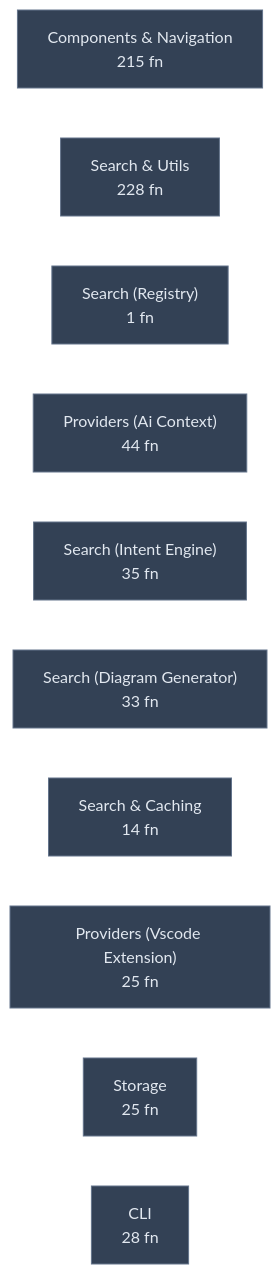
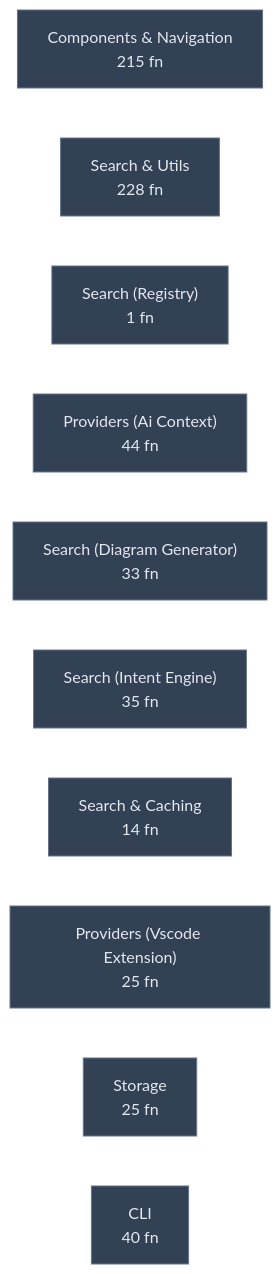
The diagram in .mikk/diagrams/dependency-matrix.mmd (Ansh-dhanani/mikk), drawn with Mermaid before and after one commit. The commit also changed 29 other files, not shown here.

```diff
--- a/.mikk/diagrams/dependency-matrix.mmd
+++ b/.mikk/diagrams/dependency-matrix.mmd
@@ -1,16 +1,16 @@
 %%{init: {"theme": "base", "themeVariables": {"primaryColor": "#1e293b", "primaryTextColor": "#e2e8f0", "lineColor": "#64748b", "secondaryColor": "#334155", "tertiaryColor": "#475569", "background": "#0f172a", "mainBkg": "#1e293b", "nodeBorder": "#475569"}}}%%
 graph LR
 
     apps_web_components["Components & Navigation<br/>215 fn"]
     packages_core["Search & Utils<br/>228 fn"]
     apps_registry["Search (Registry)<br/>1 fn"]
     packages_ai_context["Providers (Ai Context)<br/>44 fn"]
+    packages_diagram_generator["Search (Diagram Generator)<br/>33 fn"]
     packages_intent_engine["Search (Intent Engine)<br/>35 fn"]
-    packages_diagram_generator["Search (Diagram Generator)<br/>33 fn"]
     packages_mcp_server["Search & Caching<br/>14 fn"]
     packages_vscode_extension["Providers (Vscode Extension)<br/>25 fn"]
     packages_watcher["Storage<br/>25 fn"]
-    packages_cli["CLI<br/>28 fn"]
+    packages_cli["CLI<br/>40 fn"]
 
 
     classDef default fill:#334155,stroke:#64748b,color:#e2e8f0
```
